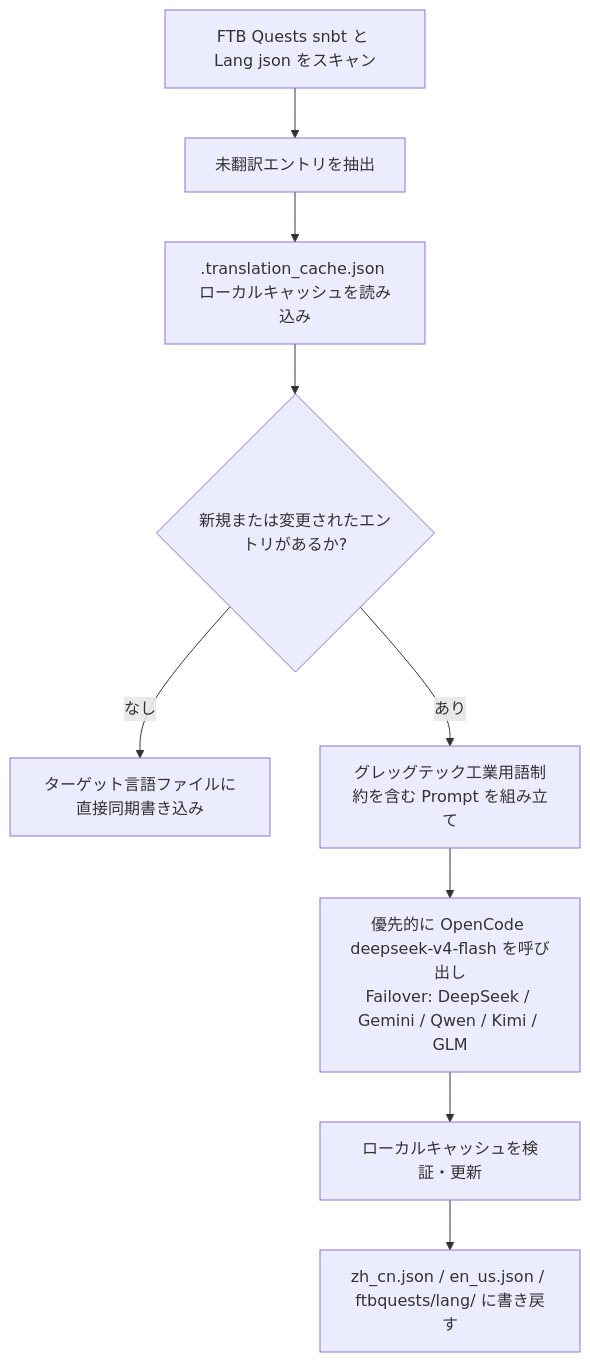
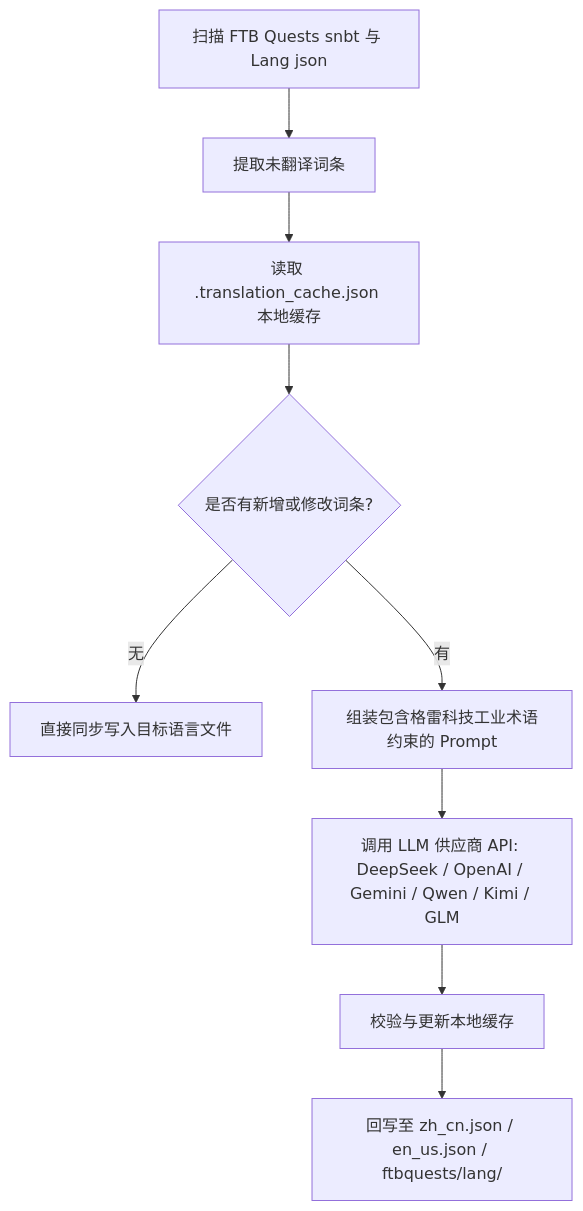
The diagram in docs/ja/ci-cd-and-translation/ai-translation.md (takanashisatou/GregtechEasy), drawn with Mermaid before and after one commit. The commit also changed other lines of this file and 144 other files, not shown here.

````diff
--- a/docs/ja/ci-cd-and-translation/ai-translation.md
+++ b/docs/ja/ci-cd-and-translation/ai-translation.md
@@ -27,11 +13,11 @@
 ```mermaid
 graph TD
-    A[FTB Quests snbt と Lang json をスキャン] --> B[未翻訳エントリを抽出]
-    B --> C[.translation_cache.json ローカルキャッシュを読み込み]
-    C --> D{新規または変更されたエントリがあるか?}
-    D -- なし --> E[ターゲット言語ファイルに直接同期書き込み]
-    D -- あり --> F[グレッグテック工業用語制約を含む Prompt を組み立て]
-    F --> G["優先的に OpenCode deepseek-v4-flash を呼び出し<br/>Failover: DeepSeek / Gemini / Qwen / Kimi / GLM"]
-    G --> H[ローカルキャッシュを検証・更新]
-    H --> I[zh_cn.json / en_us.json / ftbquests/lang/ に書き戻す]
+    A[扫描 FTB Quests snbt 与 Lang json] --> B[提取未翻译词条]
+    B --> C[读取 .translation_cache.json 本地缓存]
+    C --> D{是否有新增或修改词条?}
+    D -- 无 --> E[直接同步写入目标语言文件]
+    D -- 有 --> F[组装包含格雷科技工业术语约束的 Prompt]
+    F --> G[调用 LLM 供应商 API: DeepSeek / OpenAI / Gemini / Qwen / Kimi / GLM]
+    G --> H[校验与更新本地缓存]
+    H --> I[回写至 zh_cn.json / en_us.json / ftbquests/lang/]
 ```
````
